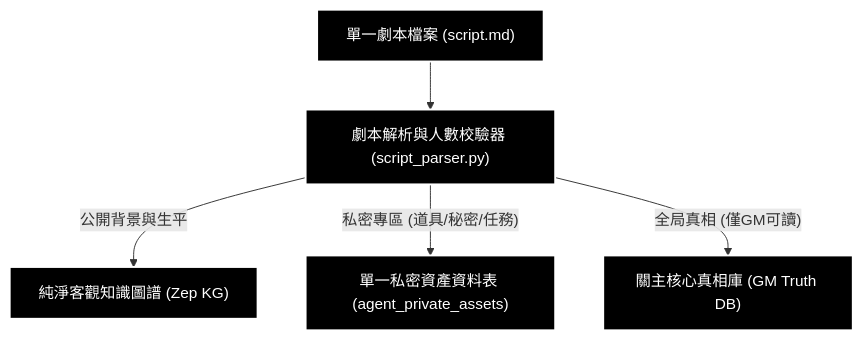
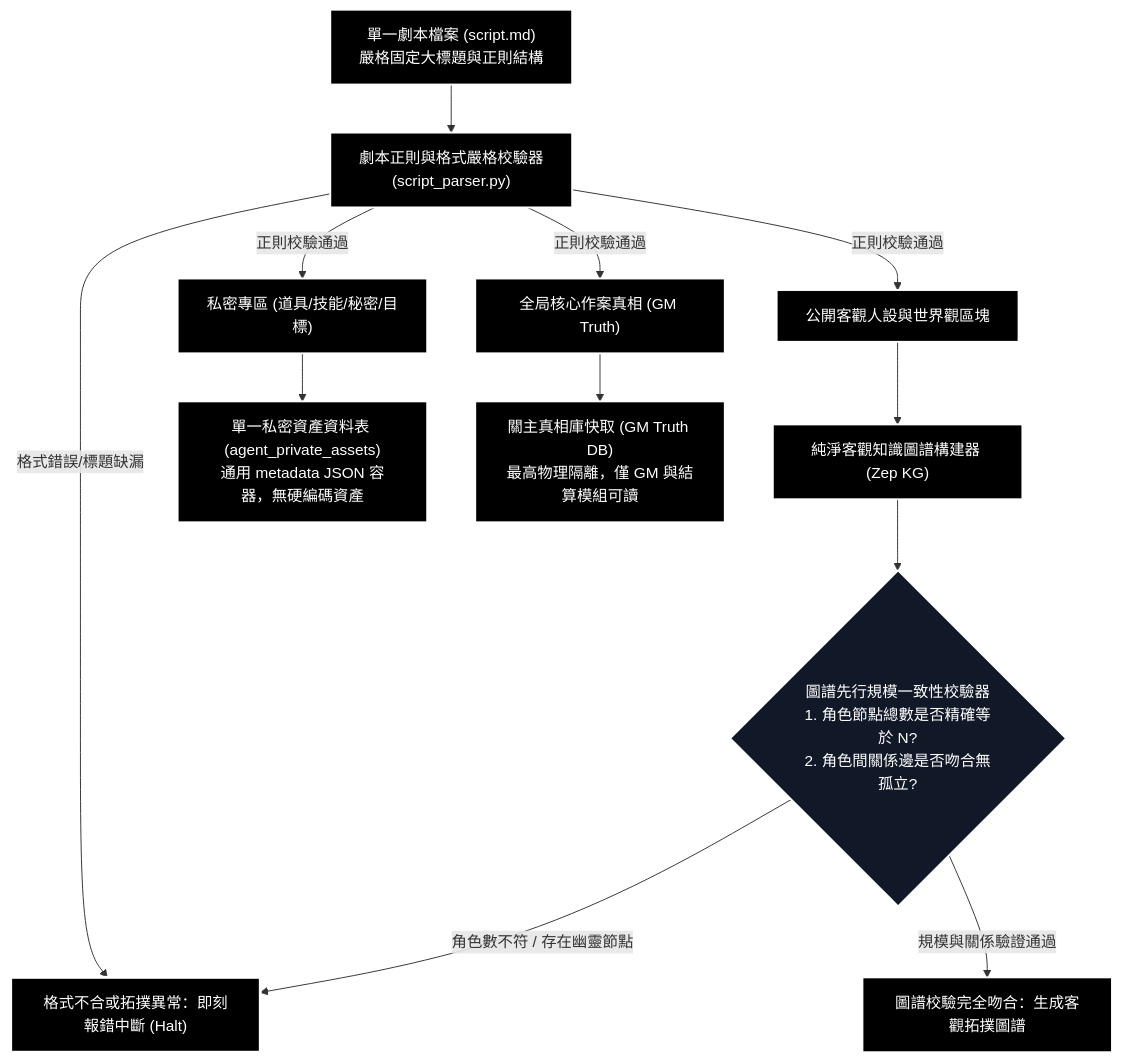
One commit to yin1120/MiroFish-1 changed the second of 8 diagrams in docs/WORKFLOW_FLOWCHART.md. Above: the diagram before and after it, drawn with Mermaid. The commit also changed other lines of this file and 4 other files, not shown here.

Commit message:
流程圖更新

````diff
--- a/docs/WORKFLOW_FLOWCHART.md
+++ b/docs/WORKFLOW_FLOWCHART.md
@@ -63,31 +64,55 @@
 ```mermaid
 %%{init: {
   'theme': 'base',
   'themeVariables': {
     'background': '#000000',
     'primaryColor': '#000000',
     'primaryTextColor': '#ffffff',
     'primaryBorderColor': '#ffffff',
     'lineColor': '#ffffff',
-    'fontSize': '20px',
+    'fontSize': '18px',
     'fontFamily': '"Fira Code", consolas, "Microsoft JhengHei", "Noto Sans TC", sans-serif'
   }
 }}%%
 flowchart TD
-    Script_File["單一劇本檔案 (script.md)"]
-    Parser["劇本解析與人數校驗器 (script_parser.py)"]
-    Clean_KG["純淨客觀知識圖譜 (Zep KG)"]
-    Asset_DB["單一私密資產資料表 (agent_private_assets)"]
-    Truth_DB["關主核心真相庫 (GM Truth DB)"]
+    Script_File["單一劇本檔案 (script.md)<br/>嚴格固定大標題與正則結構"]
+    Format_Validator["劇本正則與格式嚴格校驗器<br/>(script_parser.py)"]
+    Split_Public["公開客觀人設與世界觀區塊"]
+    Split_Private["私密專區 (道具/技能/秘密/目標)"]
+    Split_Truth["全局核心作案真相 (GM Truth)"]
 
-    Script_File --> Parser
-    Parser -->|"公開背景與生平"| Clean_KG
-    Parser -->|"私密專區 (道具/秘密/任務)"| Asset_DB
-    Parser -->|"全局真相 (僅GM可讀)"| Truth_DB
+    Zep_KG_Builder["純淨客觀知識圖譜構建器 (Zep KG)"]
+    Graph_Scale_Check{"圖譜先行規模一致性校驗器<br/>1. 角色節點總數是否精確等於 N?<br/>2. 角色間關係邊是否吻合無孤立?"}
+
+    Fail_Halt["格式不合或拓撲異常：即刻報錯中斷 (Halt)"]
+    Pass_Graph["圖譜校驗完全吻合：生成客觀拓撲圖譜"]
+
+    Asset_DB["單一私密資產資料表 (agent_private_assets)<br/>通用 metadata JSON 容器，無硬編碼資產"]
+    Truth_DB["關主真相庫快取 (GM Truth DB)<br/>最高物理隔離，僅 GM 與結算模組可讀"]
+
+    Script_File --> Format_Validator
+    Format_Validator --"格式錯誤/標題缺漏"--> Fail_Halt
+    Format_Validator --"正則校驗通過"--> Split_Public
+    Format_Validator --"正則校驗通過"--> Split_Private
+    Format_Validator --"正則校驗通過"--> Split_Truth
+
+    Split_Public --> Zep_KG_Builder
+    Zep_KG_Builder --> Graph_Scale_Check
+    Graph_Scale_Check --"角色數不符 / 存在幽靈節點"--> Fail_Halt
+    Graph_Scale_Check --"規模與關係驗證通過"--> Pass_Graph
+
+    Split_Private --> Asset_DB
+    Split_Truth --> Truth_DB
 
     style Script_File fill:#000000,stroke:#ffffff,stroke-width:2px,color:#ffffff
-    style Parser fill:#000000,stroke:#ffffff,stroke-width:2px,color:#ffffff
-    style Clean_KG fill:#000000,stroke:#ffffff,stroke-width:2px,color:#ffffff
+    style Format_Validator fill:#000000,stroke:#ffffff,stroke-width:2px,color:#ffffff
+    style Split_Public fill:#000000,stroke:#ffffff,stroke-width:2px,color:#ffffff
+    style Split_Private fill:#000000,stroke:#ffffff,stroke-width:2px,color:#ffffff
+    style Split_Truth fill:#000000,stroke:#ffffff,stroke-width:2px,color:#ffffff
+    style Zep_KG_Builder fill:#000000,stroke:#ffffff,stroke-width:2px,color:#ffffff
+    style Graph_Scale_Check fill:#111827,stroke:#ffffff,stroke-width:2px,color:#ffffff
+    style Fail_Halt fill:#000000,stroke:#ffffff,stroke-width:3px,color:#ffffff
+    style Pass_Graph fill:#000000,stroke:#ffffff,stroke-width:2px,color:#ffffff
     style Asset_DB fill:#000000,stroke:#ffffff,stroke-width:2px,color:#ffffff
     style Truth_DB fill:#000000,stroke:#ffffff,stroke-width:2px,color:#ffffff
 ```
````
